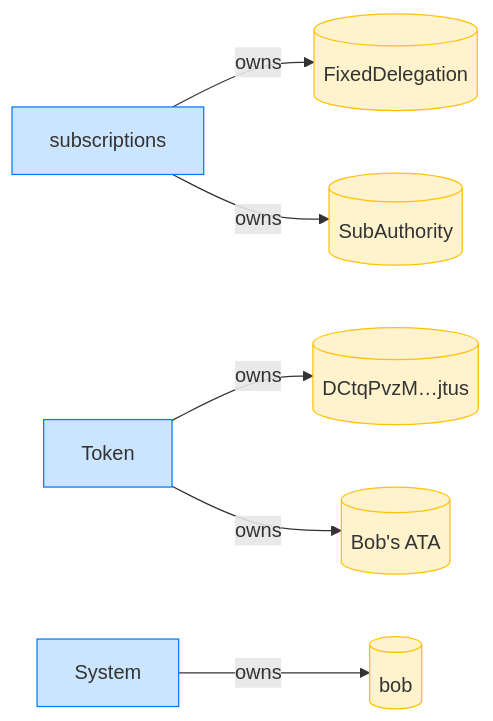
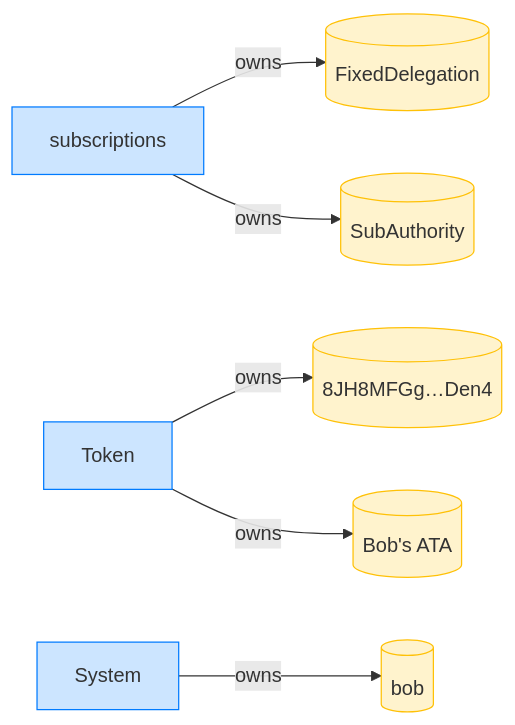
One commit to cds-rs/subscriptions changed diagram 12 of 12 in dsl_tests/create-a-fixed-delegation-with-a-zero-expiry.md. Above: the diagram before and after it, drawn with Mermaid. The commit also changed other lines of this file and 224 other files, not shown here.

````diff
--- a/dsl_tests/create-a-fixed-delegation-with-a-zero-expiry.md
+++ b/dsl_tests/create-a-fixed-delegation-with-a-zero-expiry.md
@@ -232,18 +246,18 @@
 ```mermaid
 flowchart LR
     classDef owner fill:#cce5ff,stroke:#007bff;
     classDef account fill:#fff3cd,stroke:#ffc107;
     subscriptions[subscriptions]:::owner
     FixedDelegation[(FixedDelegation)]:::account
     SubAuthority[(SubAuthority)]:::account
     Token[Token]:::owner
-    DCtqPvzM_jtus[("DCtqPvzM…jtus")]:::account
+    8JH8MFGg_Den4[("8JH8MFGg…Den4")]:::account
     Bob_s_ATA[("Bob's ATA")]:::account
     System[System]:::owner
     bob[(bob)]:::account
     subscriptions -->|owns| FixedDelegation
     subscriptions -->|owns| SubAuthority
-    Token -->|owns| DCtqPvzM_jtus
+    Token -->|owns| 8JH8MFGg_Den4
     Token -->|owns| Bob_s_ATA
     System -->|owns| bob
 ```
````
